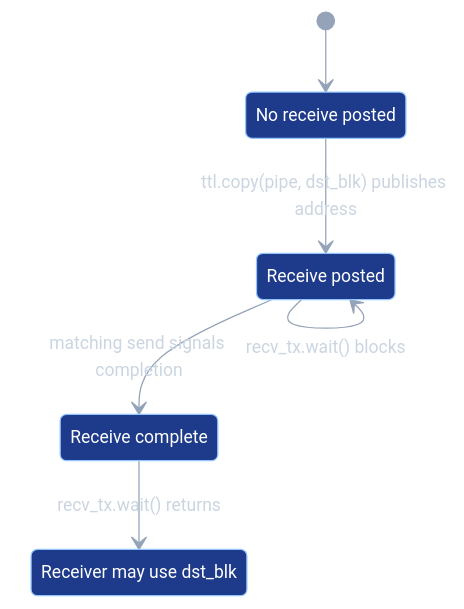
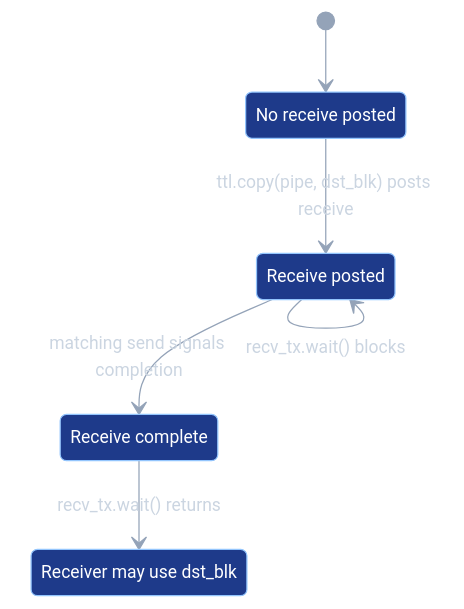
One commit to tenstorrent/tt-lang changed the first of 5 diagrams in docs/development/PipeNets.md. Above: the diagram before and after it, drawn with Mermaid. The commit also changed other lines of this file, not shown here.

Commit message:
Clarify PipeNet receive post semantics

````diff
--- a/docs/development/PipeNets.md
+++ b/docs/development/PipeNets.md
@@ -89,17 +91,17 @@
 ```mermaid
 %%{init: {"theme": "base", "themeVariables": {"primaryColor": "#1e3a8a", "primaryTextColor": "#ffffff", "primaryBorderColor": "#93c5fd", "lineColor": "#94a3b8", "textColor": "#cbd5e1", "labelTextColor": "#cbd5e1", "edgeLabelBackground": "transparent", "fontSize": "14px"}}}%%
 stateDiagram-v2
     state "No receive posted" as NoReceivePosted
     state "Receive posted" as ReceivePosted
     state "Receive complete" as ReceiveComplete
     state "Receiver may use dst_blk" as ReceiverMayUseBlock
 
     [*] --> NoReceivePosted
-    NoReceivePosted --> ReceivePosted: ttl.copy(pipe, dst_blk) publishes address
+    NoReceivePosted --> ReceivePosted: ttl.copy(pipe, dst_blk) posts receive
     ReceivePosted --> ReceiveComplete: matching send signals completion
     ReceiveComplete --> ReceiverMayUseBlock: recv_tx.wait() returns
     ReceivePosted --> ReceivePosted: recv_tx.wait() blocks
 
     classDef pipeState fill:#1e3a8a,stroke:#93c5fd,color:#ffffff
     class NoReceivePosted,ReceivePosted,ReceiveComplete,ReceiverMayUseBlock pipeState
 ```
````
